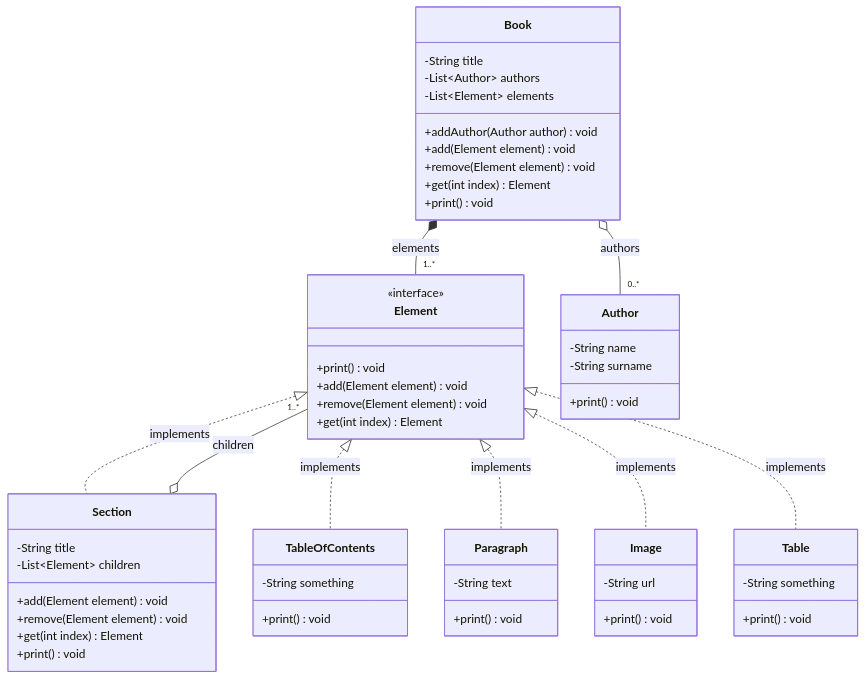
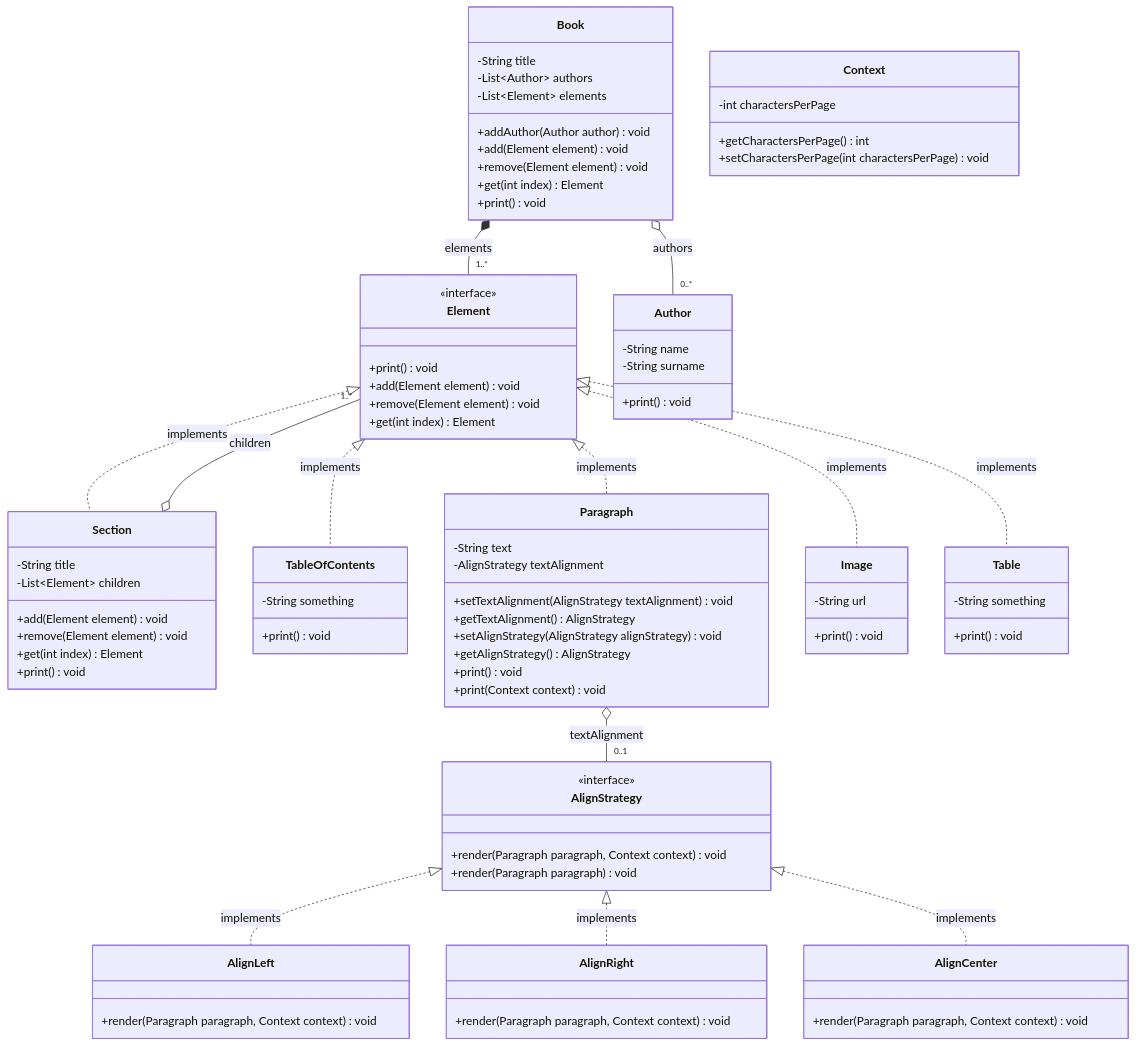
Before and after one commit to lucianiloc05/SPLab-LucianIloc: the diagram in Gemini.MD, drawn with Mermaid. The commit also changed other lines of this file and 9 other files, not shown here.

Commit message:
Paragraph enhanced by Strategy Design Pattern

````diff
--- a/Gemini.MD
+++ b/Gemini.MD
@@ -56,7 +60,13 @@
 
     class Paragraph {
         -String text
+        -AlignStrategy textAlignment
+        +setTextAlignment(AlignStrategy textAlignment) void
+        +getTextAlignment() AlignStrategy
+        +setAlignStrategy(AlignStrategy alignStrategy) void
+        +getAlignStrategy() AlignStrategy
         +print() void
+        +print(Context context) void
     }
 
     class Image {
@@ -69,6 +79,30 @@
         +print() void
     }
 
+    class Context {
+        -int charactersPerPage
+        +getCharactersPerPage() int
+        +setCharactersPerPage(int charactersPerPage) void
+    }
+
+    class AlignStrategy {
+        <<interface>>
+        +render(Paragraph paragraph, Context context) void
+        +render(Paragraph paragraph) void
+    }
+
+    class AlignLeft {
+        +render(Paragraph paragraph, Context context) void
+    }
+
+    class AlignRight {
+        +render(Paragraph paragraph, Context context) void
+    }
+
+    class AlignCenter {
+        +render(Paragraph paragraph, Context context) void
+    }
+
     Book *-- "1..*" Element : elements
     Book o-- "0..*" Author : authors
     Element <|.. Section : implements
@@ -77,4 +111,8 @@
     Element <|.. Image : implements
     Element <|.. Table : implements
     Section o-- "1..*" Element : children
+    Paragraph o-- "0..1" AlignStrategy : textAlignment
+    AlignStrategy <|.. AlignLeft : implements
+    AlignStrategy <|.. AlignRight : implements
+    AlignStrategy <|.. AlignCenter : implements
 ```
````
